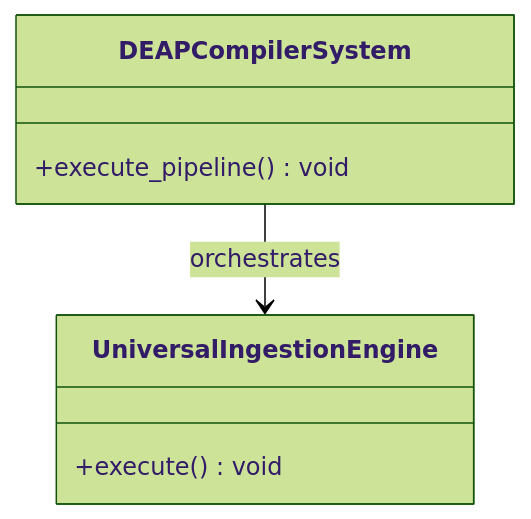
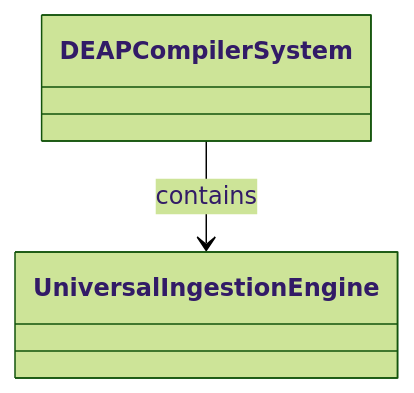
One commit to gintatkinson/dumpiler-01 changed the first of 2 diagrams in docs/epics/EPIC-04-Subsystem_2_Universal_Schema_Ingestion_Engine.md. Above: the diagram before and after it, drawn with Mermaid (forest theme). The commit also changed other lines of this file and 101 other files, not shown here.

````diff
--- a/docs/epics/EPIC-04-Subsystem_2_Universal_Schema_Ingestion_Engine.md
+++ b/docs/epics/EPIC-04-Subsystem_2_Universal_Schema_Ingestion_Engine.md
@@ -51,10 +66,6 @@
 ```mermaid
 classDiagram
-    class DEAPCompilerSystem {
-        +execute_pipeline() void
-    }
-    class UniversalIngestionEngine {
-        +execute() void
-    }
-    DEAPCompilerSystem --> UniversalIngestionEngine : orchestrates
+    class DEAPCompilerSystem
+    class UniversalIngestionEngine
+    DEAPCompilerSystem --> UniversalIngestionEngine : contains
 ```
````
